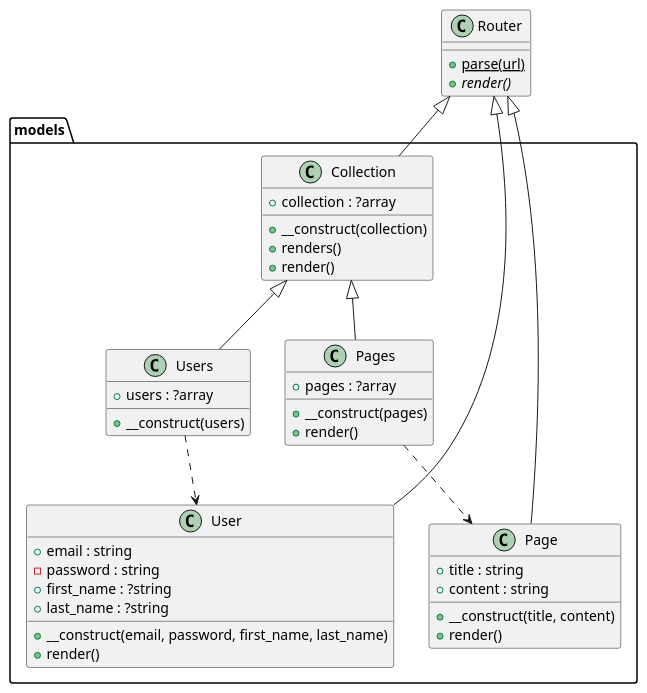
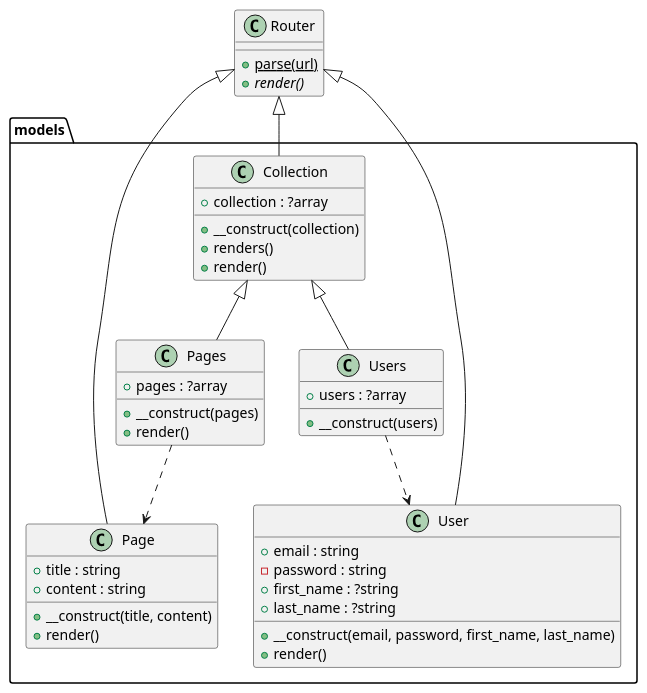
Before and after one commit to Arisha2080/web: the diagram in lab2/diagrams/factory.puml, drawn with PlantUML. The commit also changed other lines of this file and 14 other files, not shown here.

```diff
--- a/lab2/diagrams/factory.puml
+++ b/lab2/diagrams/factory.puml
@@ -1,44 +1,44 @@
 @startuml class-diagram
   class "Router" as Router {
     {static} +parse(url)
     {abstract} +render()
   }
   package models as models {
+    class "Pages" as models_Pages {
+      +pages : ?array
+      +__construct(pages)
+      +render()
+    }
+    class "Page" as models_Page {
+      +title : string
+      +content : string
+      +__construct(title, content)
+      +render()
+    }
     class "User" as models_User {
       +email : string
       -password : string
       +first_name : ?string
       +last_name : ?string
       +__construct(email, password, first_name, last_name)
-      +render()
-    }
-    class "Pages" as models_Pages {
-      +pages : ?array
-      +__construct(pages)
       +render()
     }
     class "Users" as models_Users {
       +users : ?array
       +__construct(users)
     }
     class "Collection" as models_Collection {
       +collection : ?array
       +__construct(collection)
       +renders()
       +render()
     }
-    class "Page" as models_Page {
-      +title : string
-      +content : string
-      +__construct(title, content)
-      +render()
-    }
   }
   Router <|-- models_Collection
   Router <|-- models_Page
   Router <|-- models_User
   models_Collection <|-- models_Pages
   models_Collection <|-- models_Users
   models_Pages ..> models_Page
   models_Users ..> models_User
 @enduml
```
